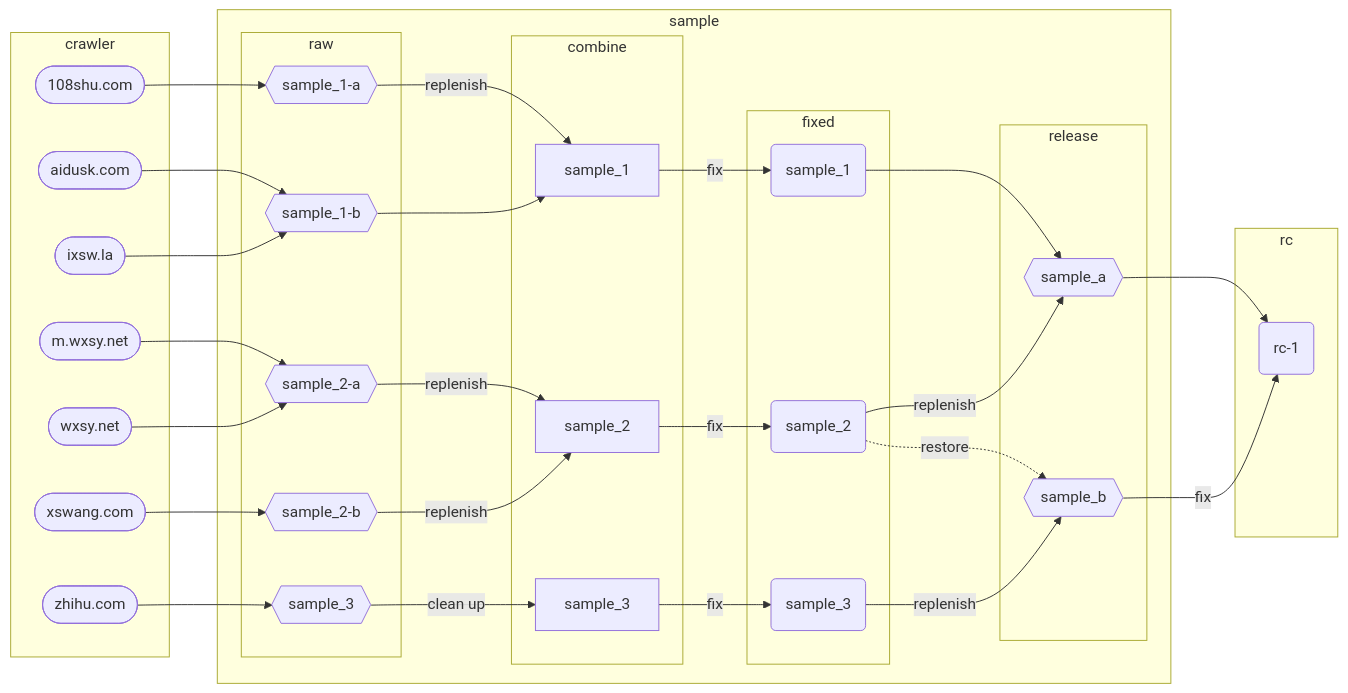
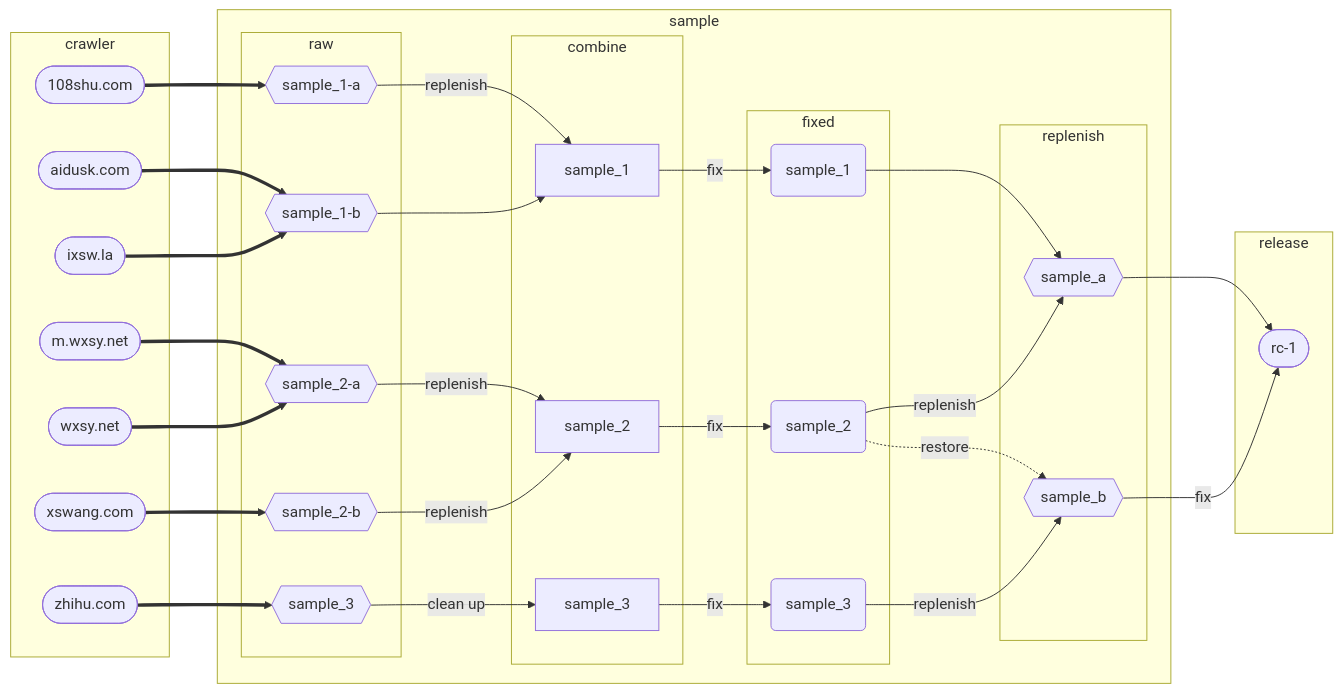
One commit to dnomd343/xxrs-crawler changed the diagram in README.md. Above: the diagram before and after it, drawn with Mermaid. The commit also changed other lines of this file, not shown here.

````diff
--- a/README.md
+++ b/README.md
@@ -3,61 +3,69 @@
 ```mermaid
   graph LR
+    subgraph crawler
+      source_1([108shu.com])
+      source_2([aidusk.com])
+      source_3([ixsw.la])
+      source_4([m.wxsy.net])
+      source_5([wxsy.net])
+      source_6([xswang.com])
+      source_7([zhihu.com])
+    end
+
     subgraph sample
       subgraph raw
         s1a_raw{{sample_1-a}}
         s1b_raw{{sample_1-b}}
         s2a_raw{{sample_2-a}}
         s2b_raw{{sample_2-b}}
         s3_raw{{sample_3}}
       end
 
       subgraph combine
         s1_combine[sample_1]
         s2_combine[sample_2]
         s3_combine[sample_3]
       end
 
       subgraph fixed
         s1_fixed(sample_1)
         s2_fixed(sample_2)
         s3_fixed(sample_3)
       end
 
-      subgraph release
+      subgraph replenish
         sa{{sample_a}}
         sb{{sample_b}}
       end
+
+      source_1 ==> s1a_raw
+      source_2 ==> s1b_raw
+      source_3 ==> s1b_raw
+      source_4 ==> s2a_raw
+      source_5 ==> s2a_raw
+      source_6 ==> s2b_raw
+      source_7 ==> s3_raw
 
       s1a_raw -- replenish --> s1_combine
       s1b_raw --> s1_combine
       s2a_raw -- replenish --> s2_combine
       s2b_raw -- replenish --> s2_combine
       s3_raw -- clean up --> s3_combine
 
       s1_combine -- fix --> s1_fixed
       s2_combine -- fix --> s2_fixed
       s3_combine -- fix --> s3_fixed
 
       s1_fixed --> sa
       s2_fixed -- replenish --> sa
       s2_fixed -. restore .-> sb
       s3_fixed -- replenish --> sb
     end
 
-    subgraph crawler
-      source_1([108shu.com]) --> s1a_raw
-      source_2([aidusk.com]) --> s1b_raw
-      source_3([ixsw.la]) --> s1b_raw
-      source_4([m.wxsy.net]) --> s2a_raw
-      source_5([wxsy.net]) --> s2a_raw
-      source_6([xswang.com]) --> s2b_raw
-      source_7([zhihu.com]) --> s3_raw
-    end
-
-    subgraph rc
-      rc-1(rc-1)
+    subgraph release
+      rc-1([rc-1])
 
       sa --> rc-1
       sb -- fix --> rc-1
     end
 ```
````
